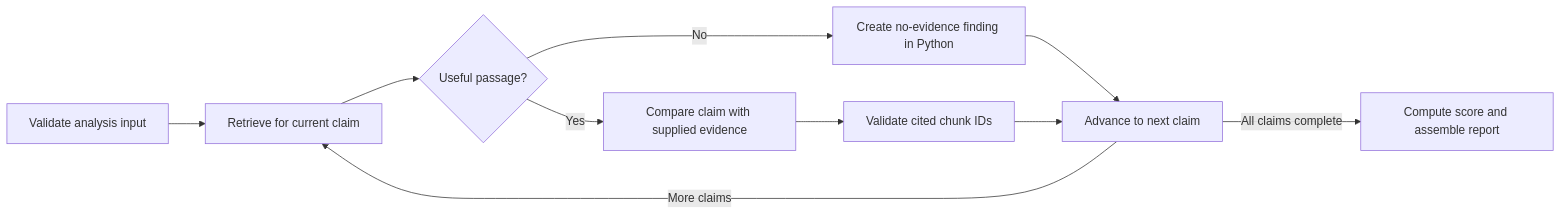
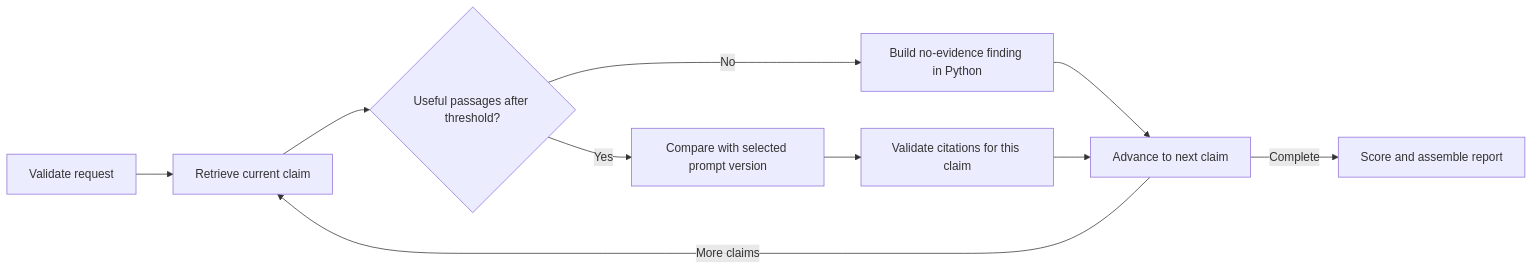
One commit to Narendra092003/ip-lens-prior-art-analysis changed the diagram in docs/12-LANGGRAPH-WORKFLOW.md. Above: the diagram before and after it, drawn with Mermaid. The commit also changed other lines of this file and 18 other files, not shown here.

````diff
--- a/docs/12-LANGGRAPH-WORKFLOW.md
+++ b/docs/12-LANGGRAPH-WORKFLOW.md
@@ -9,12 +7,12 @@
 ```mermaid
 flowchart LR
-    A[Validate analysis input] --> B[Retrieve for current claim]
-    B --> C{Useful passage?}
-    C -->|Yes| D[Compare claim with supplied evidence]
-    C -->|No| E[Create no-evidence finding in Python]
-    D --> F[Validate cited chunk IDs]
+    A[Validate request] --> B[Retrieve current claim]
+    B --> C{Useful passages after threshold?}
+    C -->|Yes| D[Compare with selected prompt version]
+    C -->|No| E[Build no-evidence finding in Python]
+    D --> F[Validate citations for this claim]
     E --> G[Advance to next claim]
     F --> G
     G -->|More claims| B
-    G -->|All claims complete| H[Compute score and assemble report]
+    G -->|Complete| H[Score and assemble report]
 ```
````
